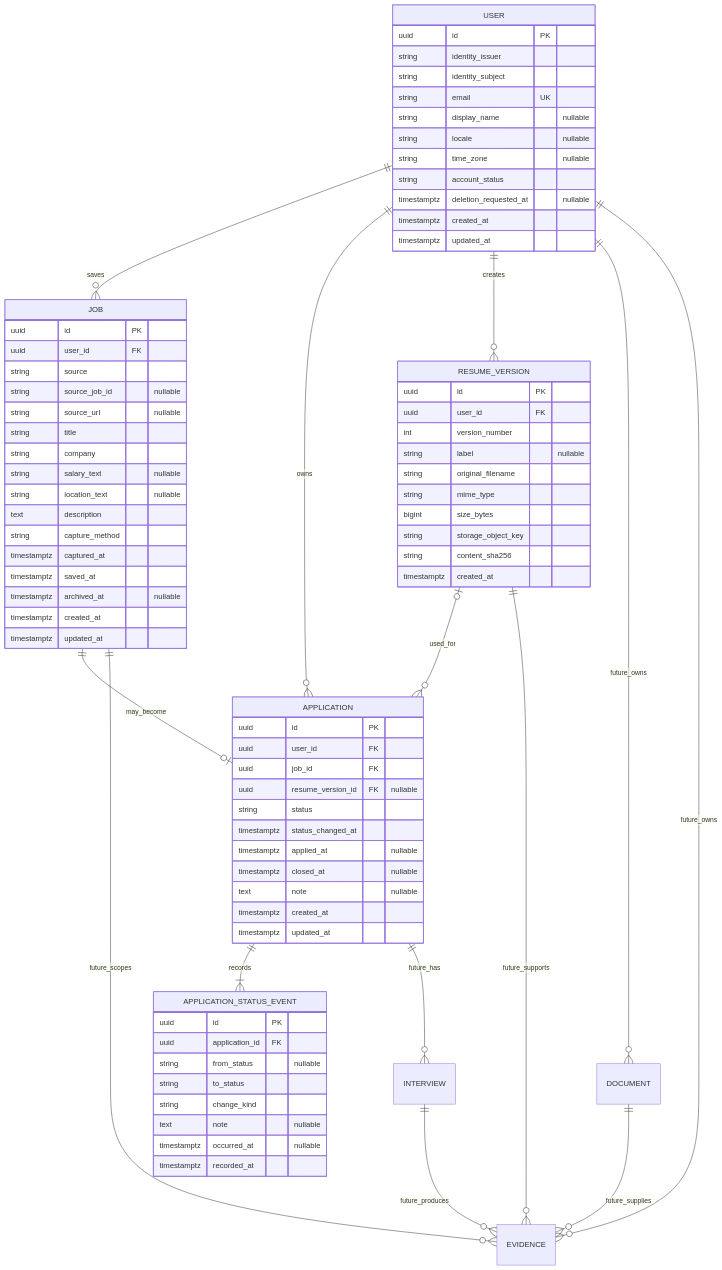
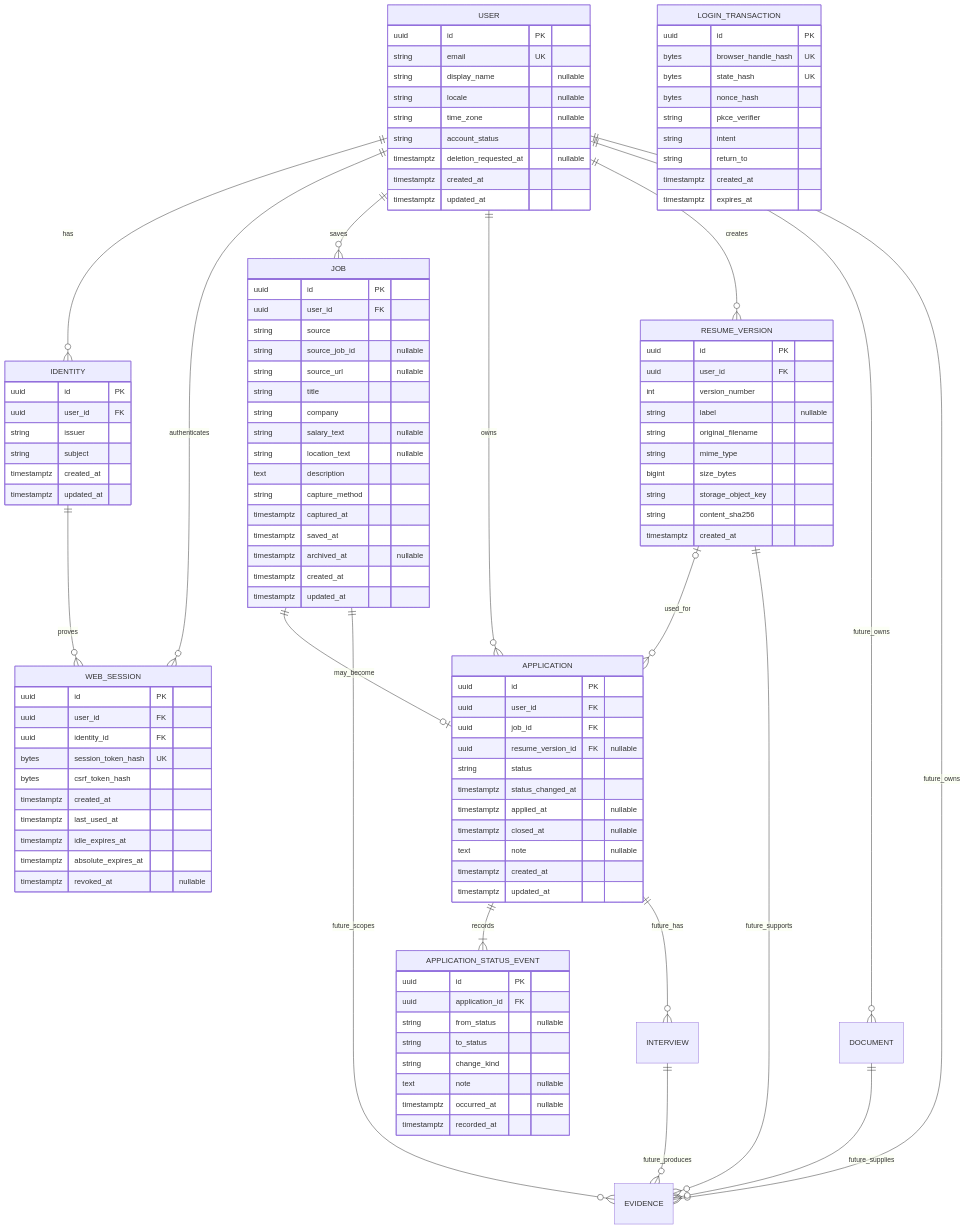
Before and after one commit to xiaoxin12138888-svg/JobPilot: the first of 2 diagrams in docs/DATA_MODEL.md, drawn with Mermaid. The commit also changed other lines of this file and 5 other files, not shown here.

Commit message:
docs(auth): freeze web session contract

````diff
--- a/docs/DATA_MODEL.md
+++ b/docs/DATA_MODEL.md
@@ -23,5 +23,8 @@
 ```mermaid
 erDiagram
+    USER ||--o{ IDENTITY : has
+    USER ||--o{ WEB_SESSION : authenticates
+    IDENTITY ||--o{ WEB_SESSION : proves
     USER ||--o{ JOB : saves
     USER ||--o{ APPLICATION : owns
     USER ||--o{ RESUME_VERSION : creates
@@ -39,8 +42,6 @@
 
     USER {
         uuid id PK
-        string identity_issuer
-        string identity_subject
         string email UK
         string display_name "nullable"
         string locale "nullable"
@@ -49,6 +50,40 @@
         timestamptz deletion_requested_at "nullable"
         timestamptz created_at
         timestamptz updated_at
+    }
+
+    IDENTITY {
+        uuid id PK
+        uuid user_id FK
+        string issuer
+        string subject
+        timestamptz created_at
+        timestamptz updated_at
+    }
+
+    WEB_SESSION {
+        uuid id PK
+        uuid user_id FK
+        uuid identity_id FK
+        bytes session_token_hash UK
+        bytes csrf_token_hash
+        timestamptz created_at
+        timestamptz last_used_at
+        timestamptz idle_expires_at
+        timestamptz absolute_expires_at
+        timestamptz revoked_at "nullable"
+    }
+
+    LOGIN_TRANSACTION {
+        uuid id PK
+        bytes browser_handle_hash UK
+        bytes state_hash UK
+        bytes nonce_hash
+        string pkce_verifier
+        string intent
+        string return_to
+        timestamptz created_at
+        timestamptz expires_at
     }
 
     JOB {
````
